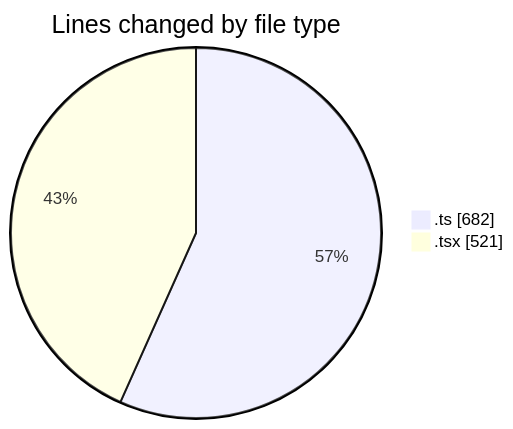
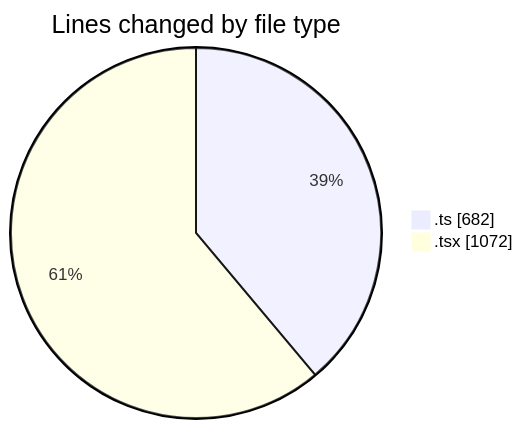
One commit to nxtqubesakshisongat/code-tracking changed the first of 2 diagrams in 2026-03-23/nxtqube_webapp/README.md. Above: the diagram before and after it, drawn with Mermaid. The commit also changed other lines of this file and 1 other file, not shown here.

````diff
--- a/2026-03-23/nxtqube_webapp/README.md
+++ b/2026-03-23/nxtqube_webapp/README.md
@@ -22,6 +23,6 @@
 ```mermaid
 pie showData
 title Lines changed by file type
 ".ts" : 682
-".tsx" : 521
+".tsx" : 1072
 ```
````
